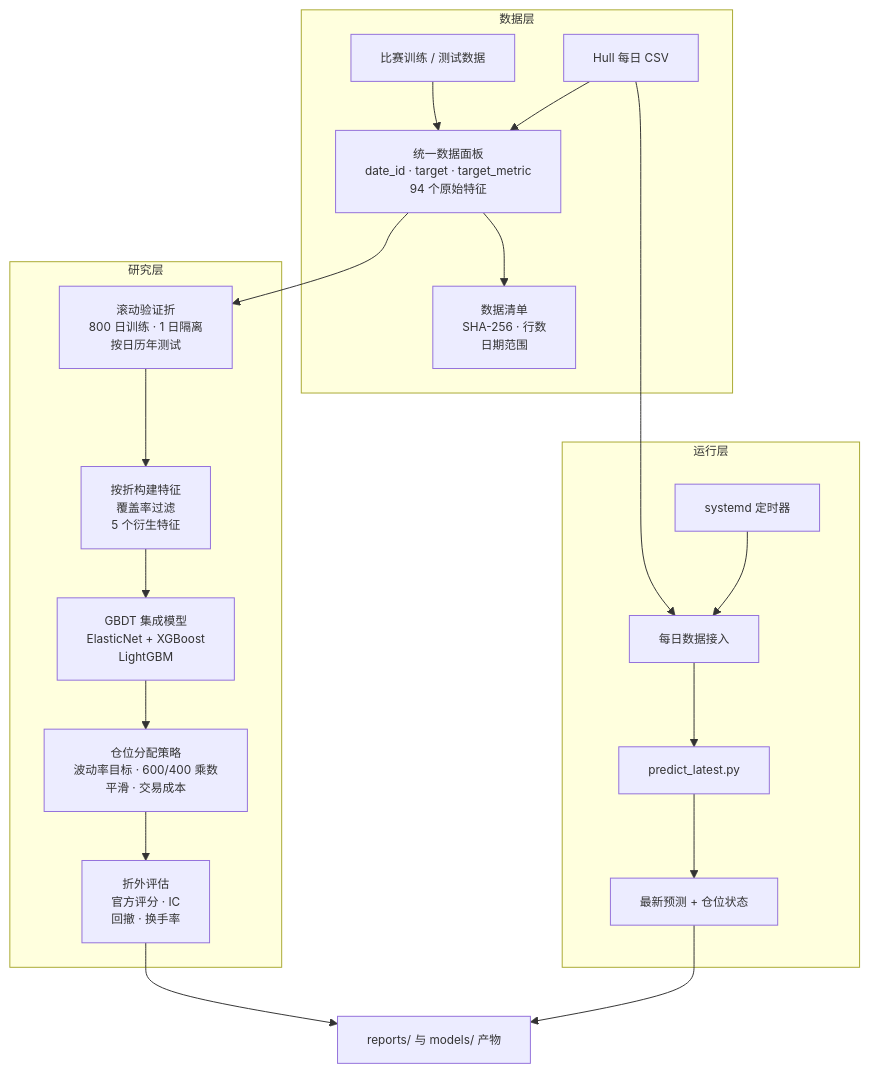
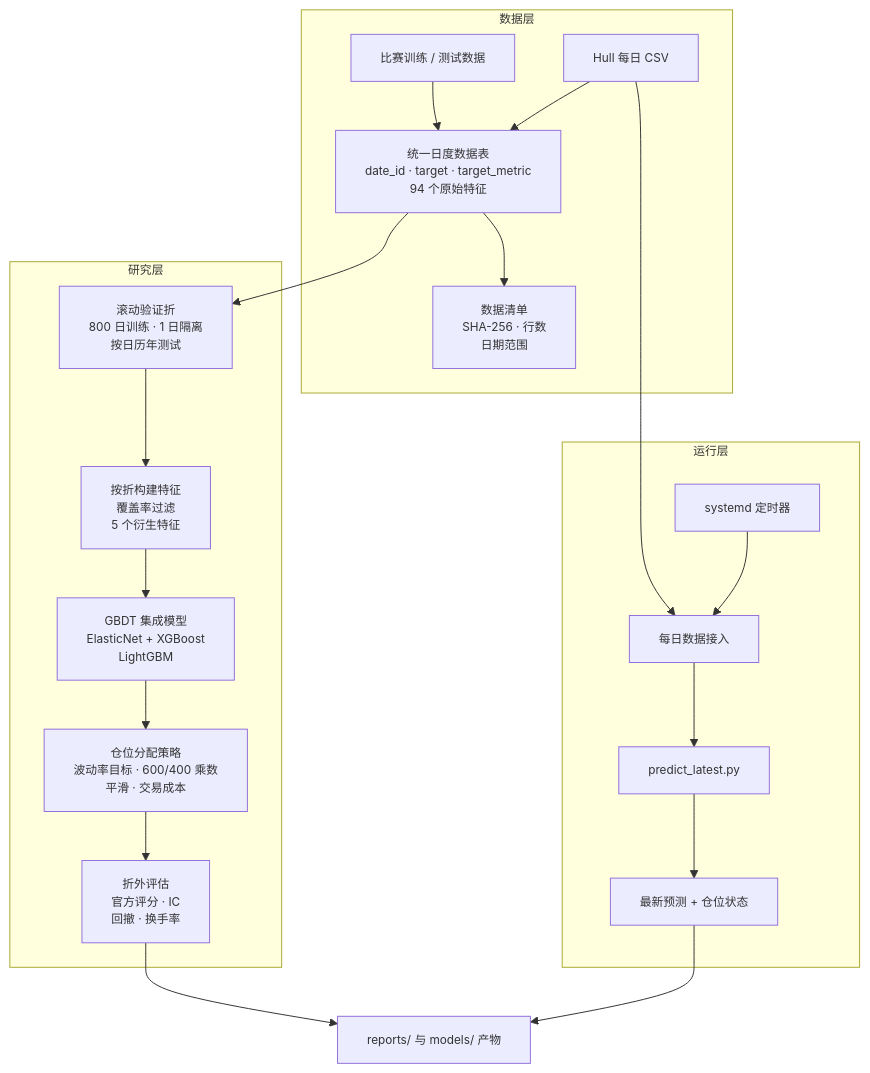
One commit to QuasarHeart/Hull_Tactical_solution changed the first of 3 diagrams in README.md. Above: the diagram before and after it, drawn with Mermaid. The commit also changed other lines of this file and 15 other files, not shown here.

````diff
--- a/README.md
+++ b/README.md
@@ -48,39 +48,39 @@
 ```mermaid
 %%{init: {"themeVariables": {"fontSize": "12px"}, "flowchart": {"wrappingWidth": 300}}}%%
 flowchart TB
     subgraph Data [数据层]
         C["比赛训练 / 测试数据"]
         L["Hull 每日 CSV"]
-        P["统一数据面板<br/>date_id · target · target_metric<br/>94 个原始特征"]
+        P["统一日度数据表<br/>date_id · target · target_metric<br/>94 个原始特征"]
         C --> P
         L --> P
         P --> H["数据清单<br/>SHA-256 · 行数<br/>日期范围"]
     end
 
     subgraph Research [研究层]
         F["滚动验证折<br/>800 日训练 · 1 日隔离<br/>按日历年测试"]
         B["按折构建特征<br/>覆盖率过滤<br/>5 个衍生特征"]
         M["GBDT 集成模型<br/>ElasticNet + XGBoost<br/>LightGBM"]
         A["仓位分配策略<br/>波动率目标 · 600/400 乘数<br/>平滑 · 交易成本"]
         E["折外评估<br/>官方评分 · IC<br/>回撤 · 换手率"]
         P --> F
         F --> B
         B --> M
         M --> A
         A --> E
     end
 
     subgraph Ops [运行层]
         I["每日数据接入"]
         Q["predict_latest.py"]
         S["最新预测 + 仓位状态"]
         T["systemd 定时器"]
         L --> I
         I --> Q
         Q --> S
         T --> I
     end
 
     E --> R1["reports/ 与 models/ 产物"]
     S --> R1
 ```
````
